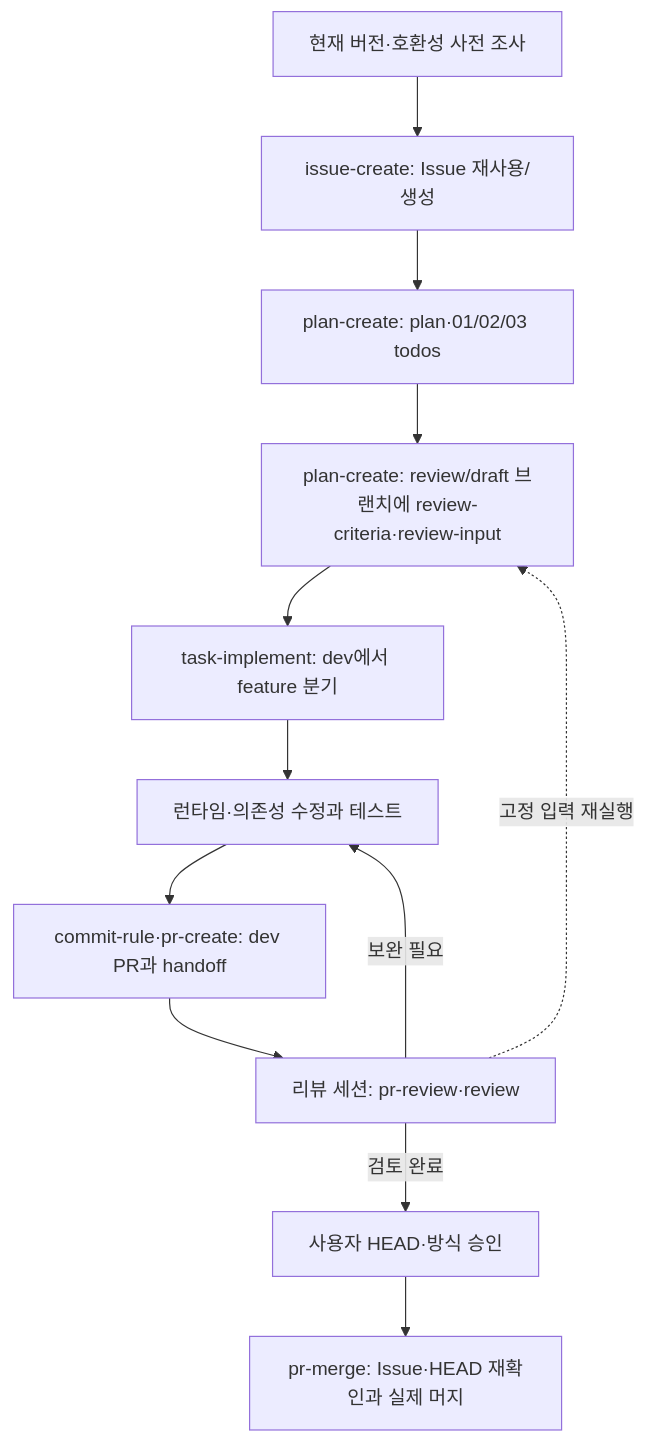
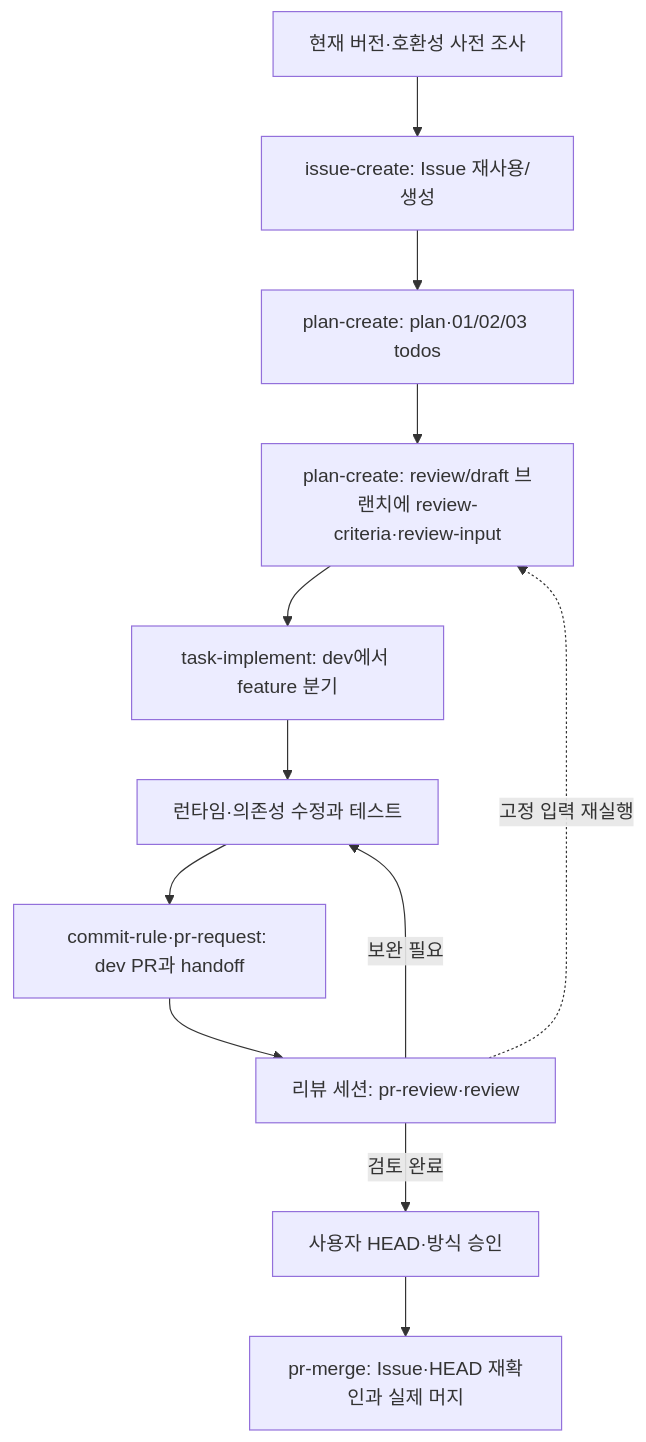
The diagram in docs/examples/python-version-upgrade/README.md (insung/git-workflow), drawn with Mermaid before and after one commit. The commit also changed 16 other files, not shown here.

````diff
--- a/docs/examples/python-version-upgrade/README.md
+++ b/docs/examples/python-version-upgrade/README.md
@@ -7,14 +7,14 @@
 ```mermaid
 flowchart TD
     A[현재 버전·호환성 사전 조사] --> B[issue-create: Issue 재사용/생성]
     B --> C[plan-create: plan·01/02/03 todos]
     C --> C2[plan-create: review/draft 브랜치에 review-criteria·review-input]
     C2 --> D[task-implement: dev에서 feature 분기]
     D --> E[런타임·의존성 수정과 테스트]
-    E --> F[commit-rule·pr-create: dev PR과 handoff]
+    E --> F[commit-rule·pr-request: dev PR과 handoff]
     F --> G[리뷰 세션: pr-review·review]
     G -.->|고정 입력 재실행| C2
     G -->|보완 필요| E
     G -->|검토 완료| H[사용자 HEAD·방식 승인]
     H --> I[pr-merge: Issue·HEAD 재확인과 실제 머지]
 ```
````
